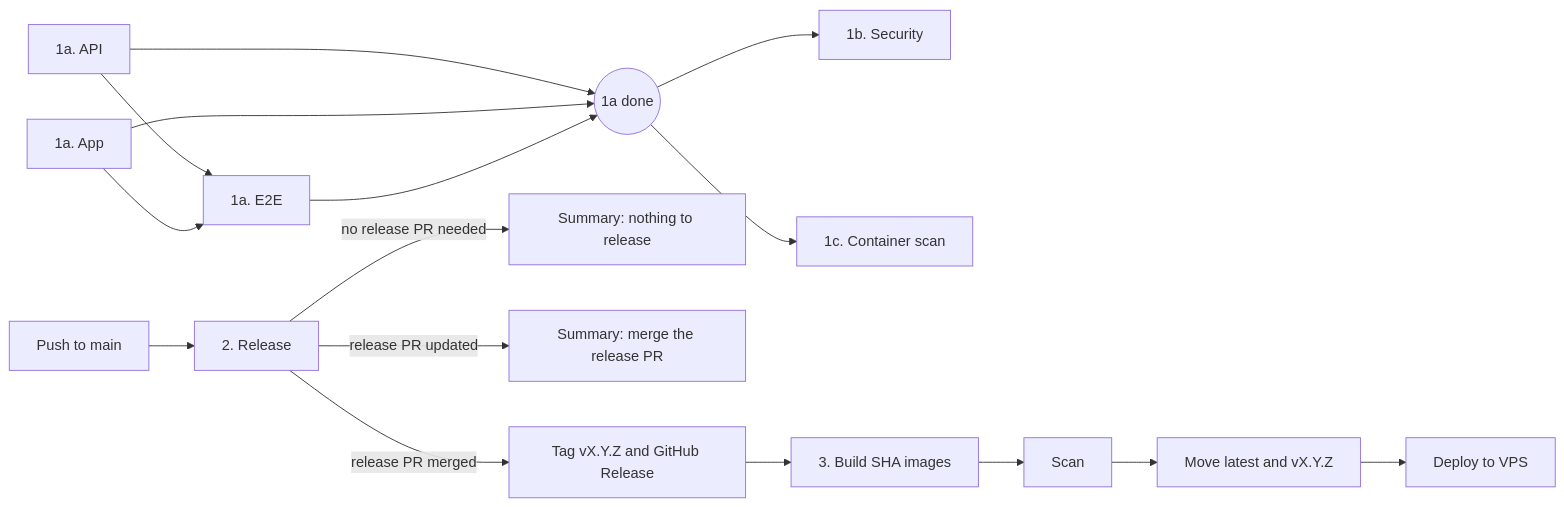
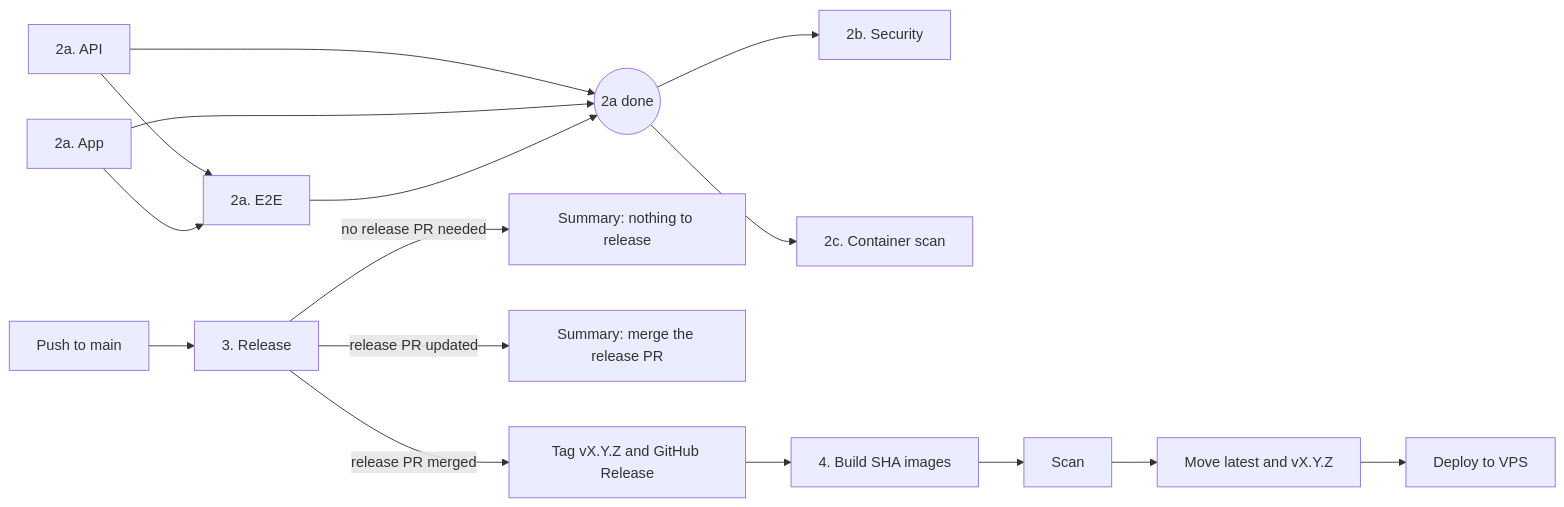
Before and after one commit to thiagobraga/planner: the diagram in docs/ci.md, drawn with Mermaid. The commit also changed other lines of this file and 7 other files, not shown here.

````diff
--- a/docs/ci.md
+++ b/docs/ci.md
@@ -17,15 +17,15 @@
 ```mermaid
 flowchart LR
-  api[1a. API] --> e2e[1a. E2E]
-  app[1a. App] --> e2e
-  api --> q((1a done))
+  api[2a. API] --> e2e[2a. E2E]
+  app[2a. App] --> e2e
+  api --> q((2a done))
   app --> q
   e2e --> q
-  q --> sec[1b. Security]
-  q --> cs[1c. Container scan]
-  main[Push to main] --> rel[2. Release]
+  q --> sec[2b. Security]
+  q --> cs[2c. Container scan]
+  main[Push to main] --> rel[3. Release]
   rel -->|no release PR needed| nothing[Summary: nothing to release]
   rel -->|release PR updated| prn[Summary: merge the release PR]
   rel -->|release PR merged| tag[Tag vX.Y.Z and GitHub Release]
-  tag --> build[3. Build SHA images] --> scan[Scan] --> promote[Move latest and vX.Y.Z] --> vps[Deploy to VPS]
+  tag --> build[4. Build SHA images] --> scan[Scan] --> promote[Move latest and vX.Y.Z] --> vps[Deploy to VPS]
 ```
````
